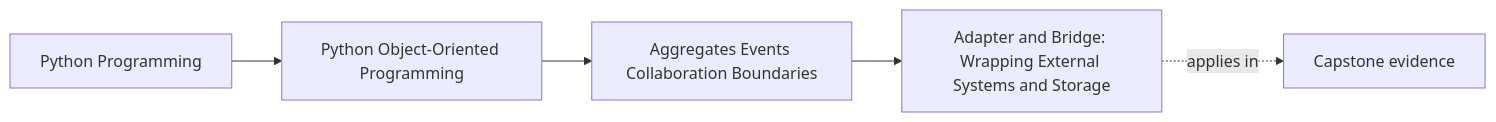
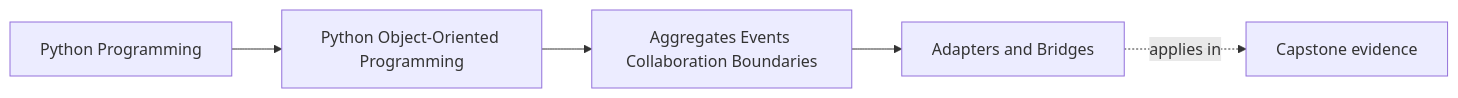
One commit to bijux/bijux-masterclass changed the first of 2 diagrams in programs/python-programming/python-object-oriented-programming/course-book/module-04-aggregates-events-collaboration-boundaries/adapters-and-bridges.md. Above: the diagram before and after it, drawn with Mermaid. The commit also changed other lines of this file, not shown here.

Commit message:
docs(oop): place external translation behind adapters

````diff
--- a/programs/python-programming/python-object-oriented-programming/course-book/module-04-aggregates-events-collaboration-boundaries/adapters-and-bridges.md
+++ b/programs/python-programming/python-object-oriented-programming/course-book/module-04-aggregates-events-collaboration-boundaries/adapters-and-bridges.md
@@ -7,11 +6,11 @@
 ```mermaid
 graph LR
   family["Python Programming"]
   program["Python Object-Oriented Programming"]
   section["Aggregates Events Collaboration Boundaries"]
-  page["Adapter and Bridge: Wrapping External Systems and Storage"]
+  page["Adapters and Bridges"]
   capstone["Capstone evidence"]
 
   family --> program --> section --> page
   page -.applies in.-> capstone
 ```
````
